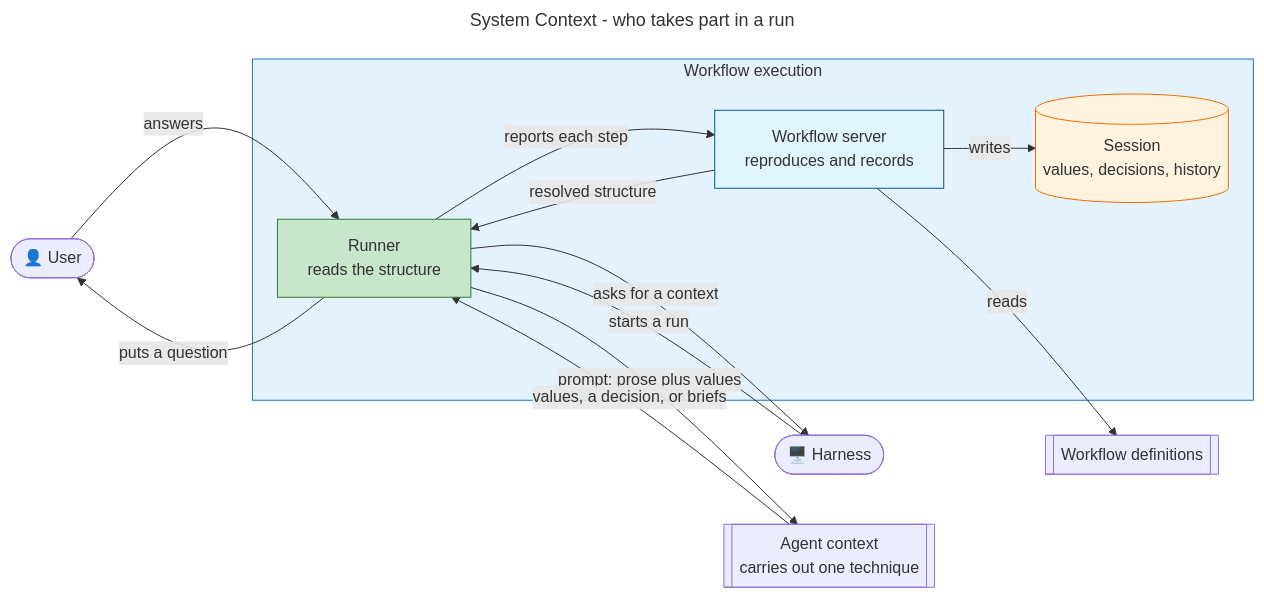
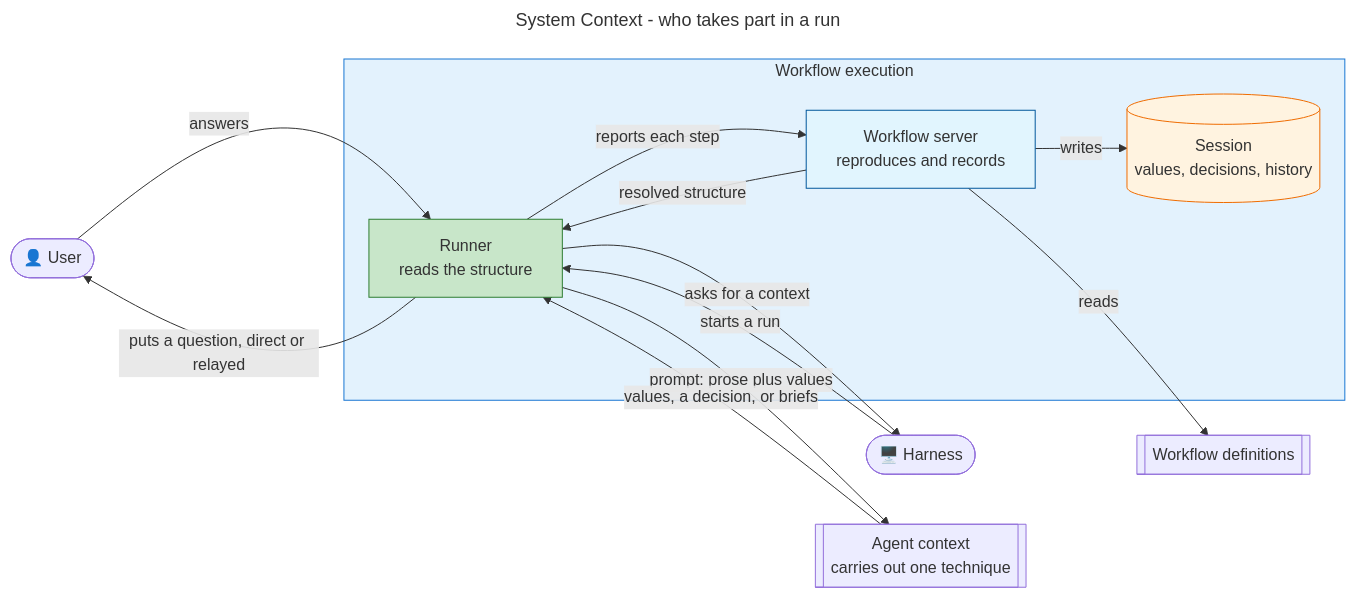
One commit to m2ux/workflow-server changed the first of 13 diagrams in artifacts/planning/2026-08-28-runner-execution-protocol/README.md. Above: the diagram before and after it, drawn with Mermaid. The commit also changed other lines of this file, not shown here.

First line of the commit message:
Show both decision transports in the diagrams that assert one

````diff
--- a/artifacts/planning/2026-08-28-runner-execution-protocol/README.md
+++ b/artifacts/planning/2026-08-28-runner-execution-protocol/README.md
@@ -53,33 +53,33 @@
 ```mermaid
 ---
 title: System Context - who takes part in a run
 ---
 flowchart LR
     User([👤 User])
     Harness([🖥️ Harness])
 
     subgraph Execution [Workflow execution]
         Runner[Runner<br/>reads the structure]
         Server[Workflow server<br/>reproduces and records]
         Session[(Session<br/>values, decisions, history)]
     end
 
     Agent[[Agent context<br/>carries out one technique]]
     Defs[[Workflow definitions]]
 
     Harness -->|starts a run| Runner
     Runner -->|reports each step| Server
     Runner -->|prompt: prose plus values| Agent
     Agent -->|values, a decision, or briefs| Runner
-    Runner -->|puts a question| User
+    Runner -->|puts a question, direct or relayed| User
     User -->|answers| Runner
     Runner -->|asks for a context| Harness
     Server -->|resolved structure| Runner
     Server -->|reads| Defs
     Server -->|writes| Session
 
     style Execution fill:#e3f2fd,stroke:#1976d2
     style Runner fill:#c8e6c9,stroke:#2e7d32
     style Server fill:#e1f5fe,stroke:#01579b
     style Session fill:#fff3e0,stroke:#ef6c00
 ```
````
